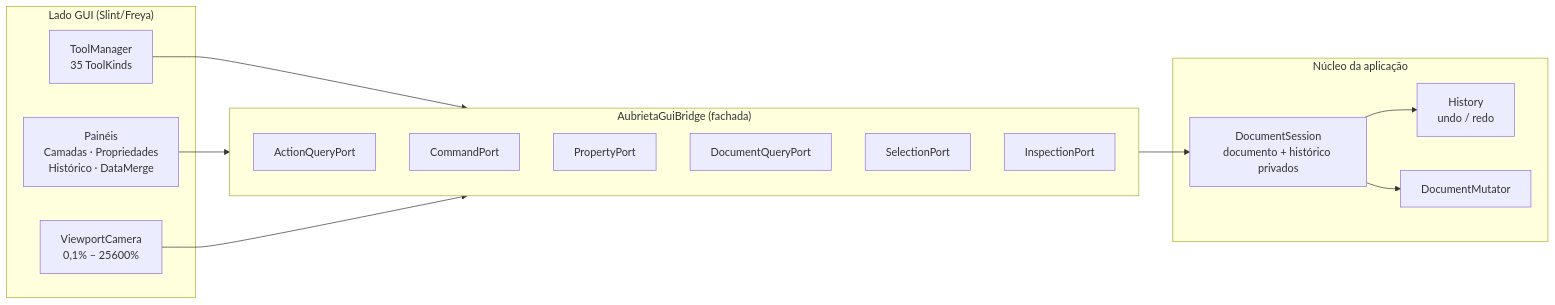
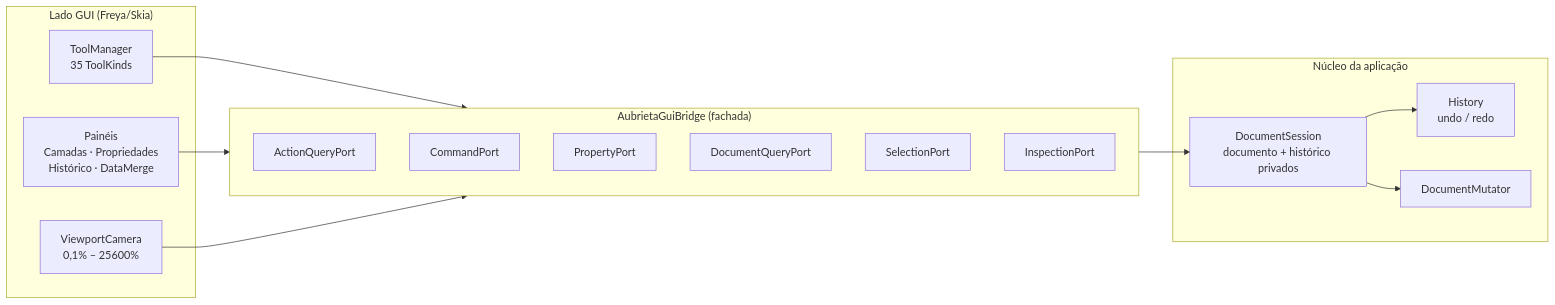
Before and after one commit to raillen/petunia-design-studio: the third of 3 diagrams in docs/pt/developers/architecture.md, drawn with Mermaid. The commit also changed other lines of this file and 102 other files, not shown here.

````diff
--- a/docs/pt/developers/architecture.md
+++ b/docs/pt/developers/architecture.md
@@ -37,27 +39,27 @@
 ```mermaid
 flowchart LR
-  subgraph GUI ["Lado GUI (Slint/Freya)"]
+  subgraph GUI ["Lado GUI (Freya/Skia)"]
     VW[ViewportCamera<br/>0,1% – 25600%]
     PAN[Painéis<br/>Camadas · Propriedades<br/>Histórico · DataMerge]
     TM[ToolManager<br/>35 ToolKinds]
   end
   subgraph BRIDGE ["AubrietaGuiBridge (fachada)"]
     AQ[ActionQueryPort]
     CP[CommandPort]
     PP[PropertyPort]
     DQ[DocumentQueryPort]
     SP[SelectionPort]
     IP[InspectionPort]
   end
   subgraph CORE2 ["Núcleo da aplicação"]
     SES[DocumentSession<br/>documento + histórico privados]
     HIST[History<br/>undo / redo]
     MUT[DocumentMutator]
   end
   TM --> BRIDGE
   PAN --> BRIDGE
   VW --> BRIDGE
   BRIDGE --> SES
   SES --> HIST
   SES --> MUT
 ```
````
